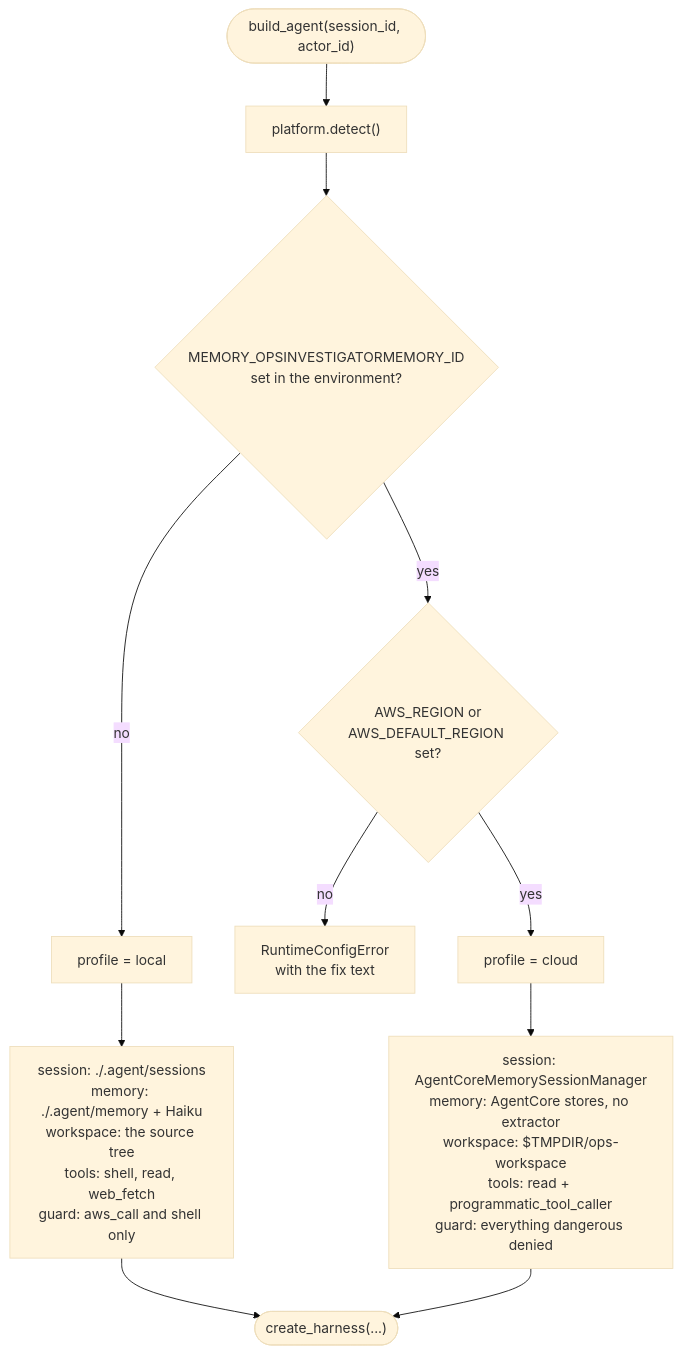
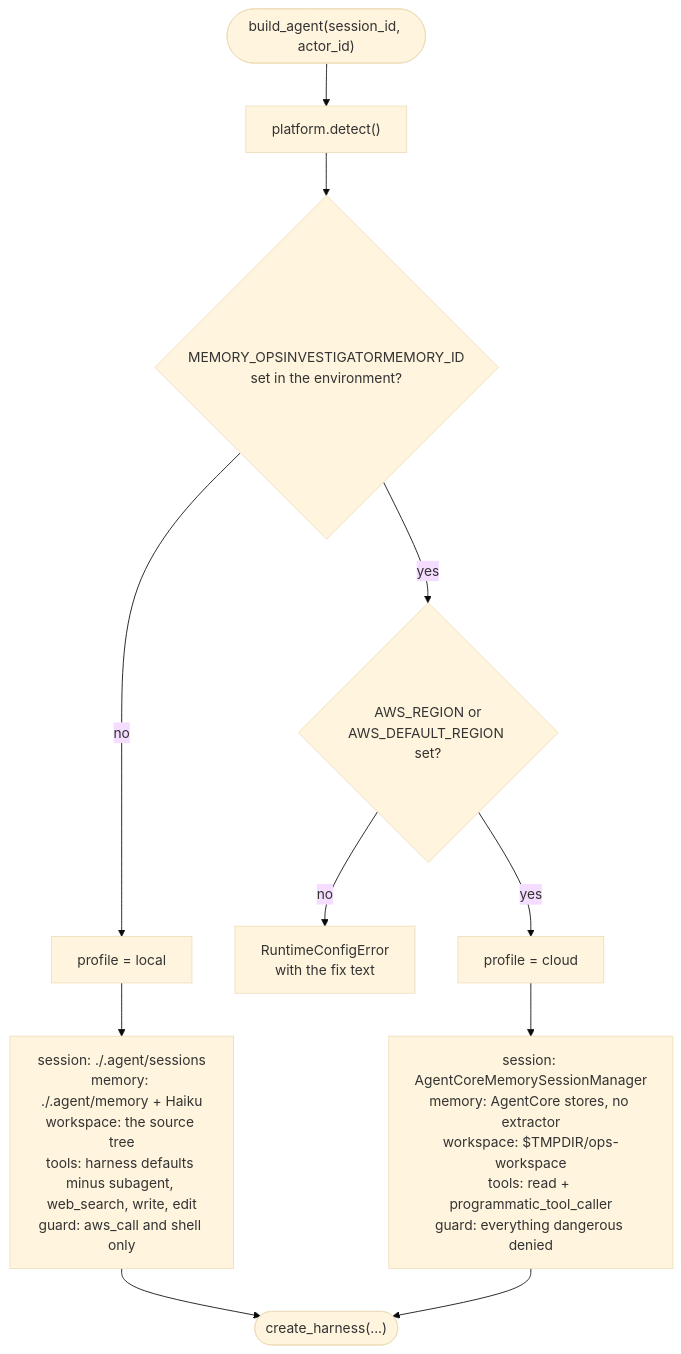
One commit to iracic82/strands-harness-on-aws changed the diagram in docs/why-each-switch.md. Above: the diagram before and after it, drawn with Mermaid (base theme). The commit also changed 5 other files, not shown here.

````diff
--- a/docs/why-each-switch.md
+++ b/docs/why-each-switch.md
@@ -10,13 +10,13 @@
 ```mermaid
 flowchart TD
     start(["build_agent(session_id, actor_id)"]) --> detect["platform.detect()"]
     detect --> q{"MEMORY_OPSINVESTIGATORMEMORY_ID<br/>set in the environment?"}
     q -->|"no"| local["profile = local"]
     q -->|"yes"| region{"AWS_REGION or<br/>AWS_DEFAULT_REGION set?"}
     region -->|"no"| boom["RuntimeConfigError<br/>with the fix text"]
     region -->|"yes"| cloud["profile = cloud"]
-    local --> lopt["session: ./.agent/sessions<br/>memory: ./.agent/memory + Haiku<br/>workspace: the source tree<br/>tools: shell, read, web_fetch<br/>guard: aws_call and shell only"]
+    local --> lopt["session: ./.agent/sessions<br/>memory: ./.agent/memory + Haiku<br/>workspace: the source tree<br/>tools: harness defaults minus subagent, web_search, write, edit<br/>guard: aws_call and shell only"]
     cloud --> copt["session: AgentCoreMemorySessionManager<br/>memory: AgentCore stores, no extractor<br/>workspace: $TMPDIR/ops-workspace<br/>tools: read + programmatic_tool_caller<br/>guard: everything dangerous denied"]
     lopt --> harness(["create_harness(...)"])
     copt --> harness
 ```
````
